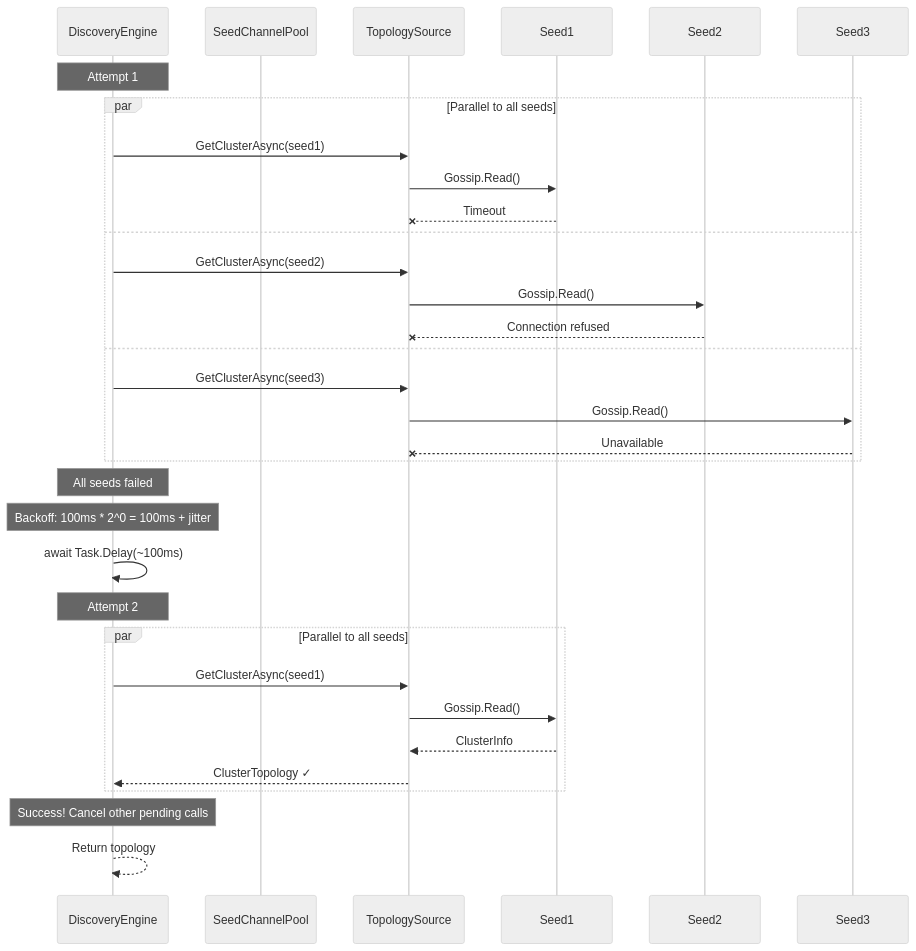
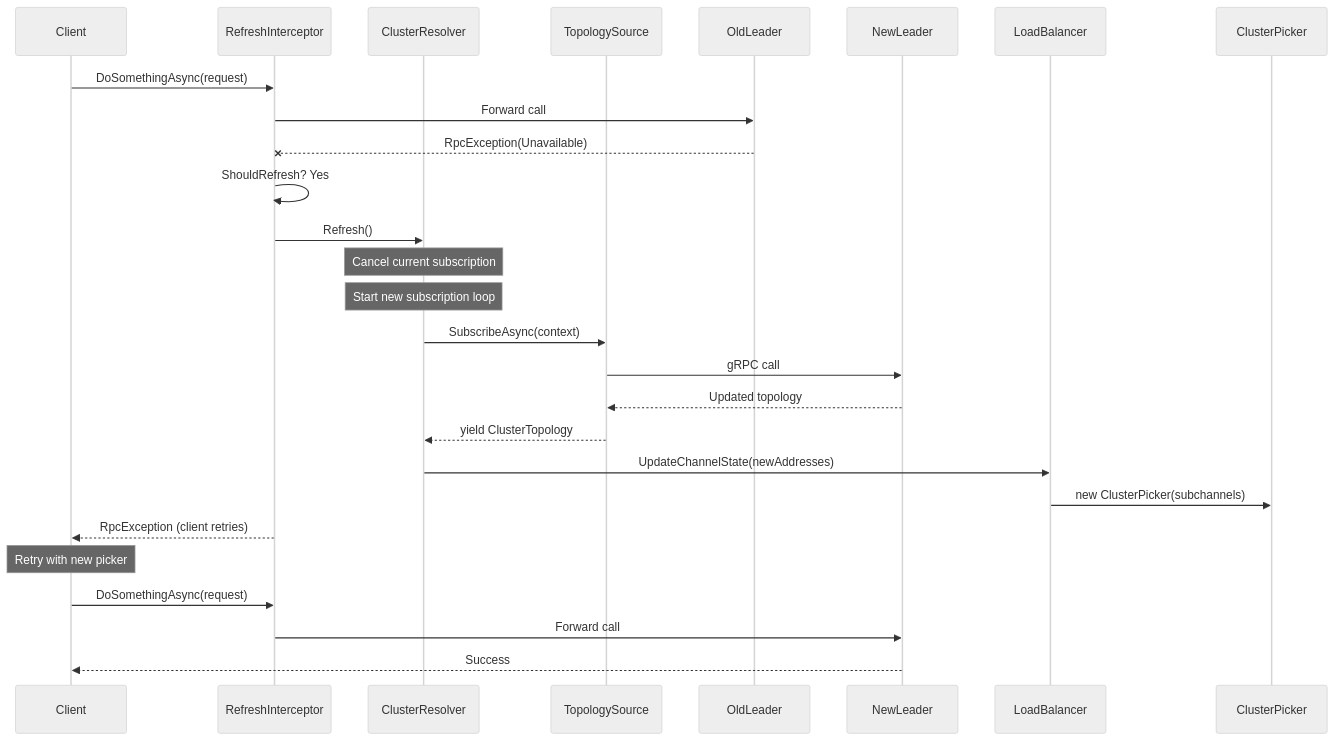
Before and after one commit to RagingKore/claude-code-context: the fifth of 5 diagrams in GRPC_LOAD_BALANCER_SPEC.md, drawn with Mermaid (neutral theme). The commit also changed other lines of this file, not shown here.

````diff
--- a/GRPC_LOAD_BALANCER_SPEC.md
+++ b/GRPC_LOAD_BALANCER_SPEC.md
@@ -981,41 +663,36 @@
 ```mermaid
 sequenceDiagram
-    participant DiscoveryEngine
-    participant SeedChannelPool
-    participant TopologySource
-    participant Seed1
-    participant Seed2
-    participant Seed3
+    participant Client
+    participant Interceptor as RefreshInterceptor
+    participant Resolver as ClusterResolver
+    participant Source as TopologySource
+    participant OldLeader
+    participant NewLeader
+    participant LB as LoadBalancer
+    participant Picker as ClusterPicker
 
-    Note over DiscoveryEngine: Attempt 1
+    Client->>Interceptor: DoSomethingAsync(request)
+    Interceptor->>OldLeader: Forward call
+    OldLeader--xInterceptor: RpcException(Unavailable)
 
-    par Parallel to all seeds
-        DiscoveryEngine->>TopologySource: GetClusterAsync(seed1)
-        TopologySource->>Seed1: Gossip.Read()
-        Seed1--xTopologySource: Timeout
-    and
-        DiscoveryEngine->>TopologySource: GetClusterAsync(seed2)
-        TopologySource->>Seed2: Gossip.Read()
-        Seed2--xTopologySource: Connection refused
-    and
-        DiscoveryEngine->>TopologySource: GetClusterAsync(seed3)
-        TopologySource->>Seed3: Gossip.Read()
-        Seed3--xTopologySource: Unavailable
-    end
+    Interceptor->>Interceptor: ShouldRefresh? Yes
+    Interceptor->>Resolver: Refresh()
 
-    Note over DiscoveryEngine: All seeds failed
-    Note over DiscoveryEngine: Backoff: 100ms * 2^0 = 100ms + jitter
-    DiscoveryEngine->>DiscoveryEngine: await Task.Delay(~100ms)
+    Note over Resolver: Cancel current subscription
+    Note over Resolver: Start new subscription loop
 
-    Note over DiscoveryEngine: Attempt 2
+    Resolver->>Source: SubscribeAsync(context)
+    Source->>NewLeader: gRPC call
+    NewLeader-->>Source: Updated topology
+    Source-->>Resolver: yield ClusterTopology
 
-    par Parallel to all seeds
-        DiscoveryEngine->>TopologySource: GetClusterAsync(seed1)
-        TopologySource->>Seed1: Gossip.Read()
-        Seed1-->>TopologySource: ClusterInfo
-        TopologySource-->>DiscoveryEngine: ClusterTopology ✓
-    end
+    Resolver->>LB: UpdateChannelState(newAddresses)
+    LB->>Picker: new ClusterPicker(subchannels)
 
-    Note over DiscoveryEngine: Success! Cancel other pending calls
-    DiscoveryEngine-->>DiscoveryEngine: Return topology
+    Interceptor-->>Client: RpcException (client retries)
+
+    Note over Client: Retry with new picker
+    Client->>Interceptor: DoSomethingAsync(request)
+    Interceptor->>NewLeader: Forward call
+    NewLeader-->>Client: Success
 ```
````
